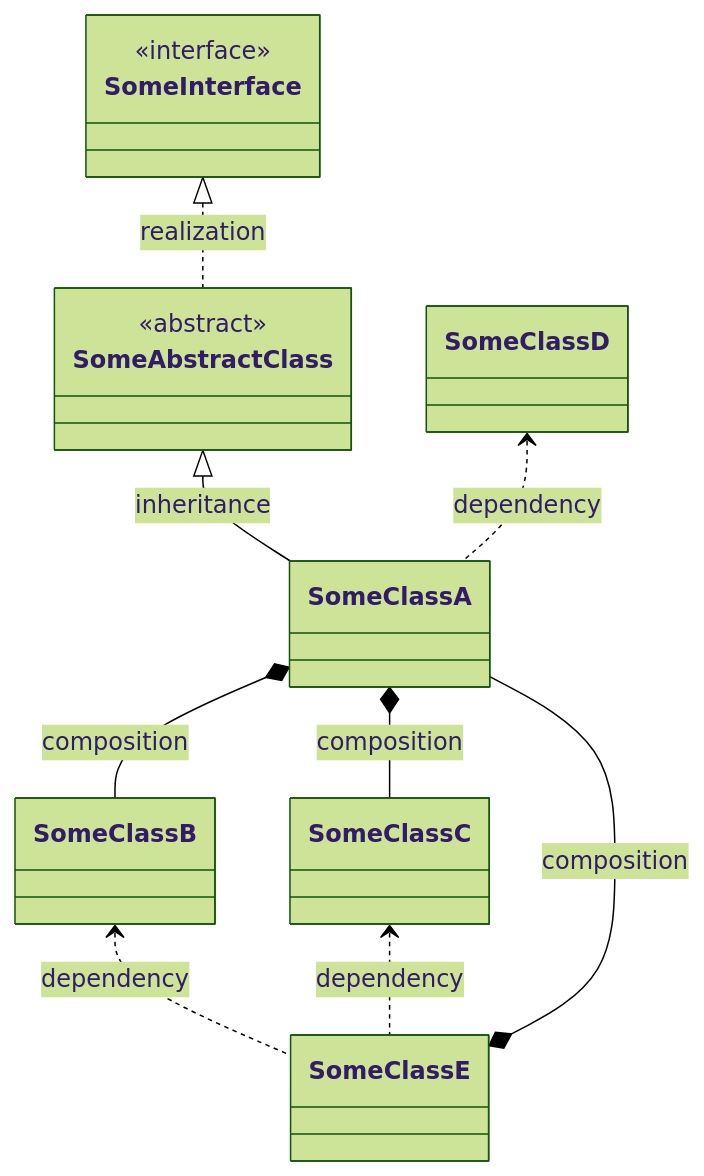
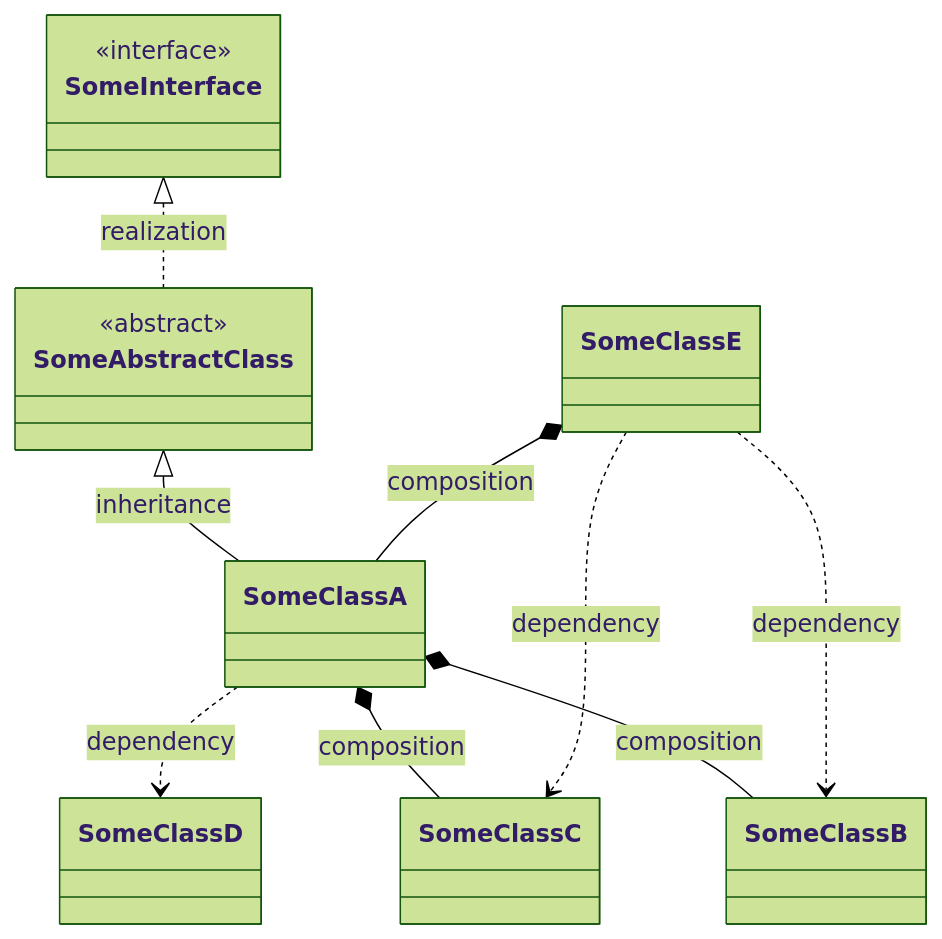
One commit to tasuku43/php-mermaid-class-diagram changed the first of 2 diagrams in README.md. Above: the diagram before and after it, drawn with Mermaid (forest theme). The commit also changed other lines of this file, not shown here.

Commit message:
fix: Update dependency relationships in README.md class diagram

````diff
--- a/README.md
+++ b/README.md
@@ -101,28 +101,28 @@
 ```mermaid
 classDiagram
     class SomeAbstractClass {
         <<abstract>>
     }
     class SomeClassA {
     }
     class SomeClassB {
     }
     class SomeClassC {
     }
     class SomeClassD {
     }
     class SomeClassE {
     }
     class SomeInterface {
         <<interface>>
     }
 
     SomeInterface <|.. SomeAbstractClass: realization
     SomeAbstractClass <|-- SomeClassA: inheritance
     SomeClassA *-- SomeClassB: composition
     SomeClassA *-- SomeClassC: composition
-    SomeClassD <.. SomeClassA: dependency
+    SomeClassA ..> SomeClassD: dependency
     SomeClassE *-- SomeClassA: composition
-    SomeClassB <.. SomeClassE: dependency
-    SomeClassC <.. SomeClassE: dependency
+    SomeClassE ..> SomeClassB: dependency
+    SomeClassE ..> SomeClassC: dependency
 ```
````
